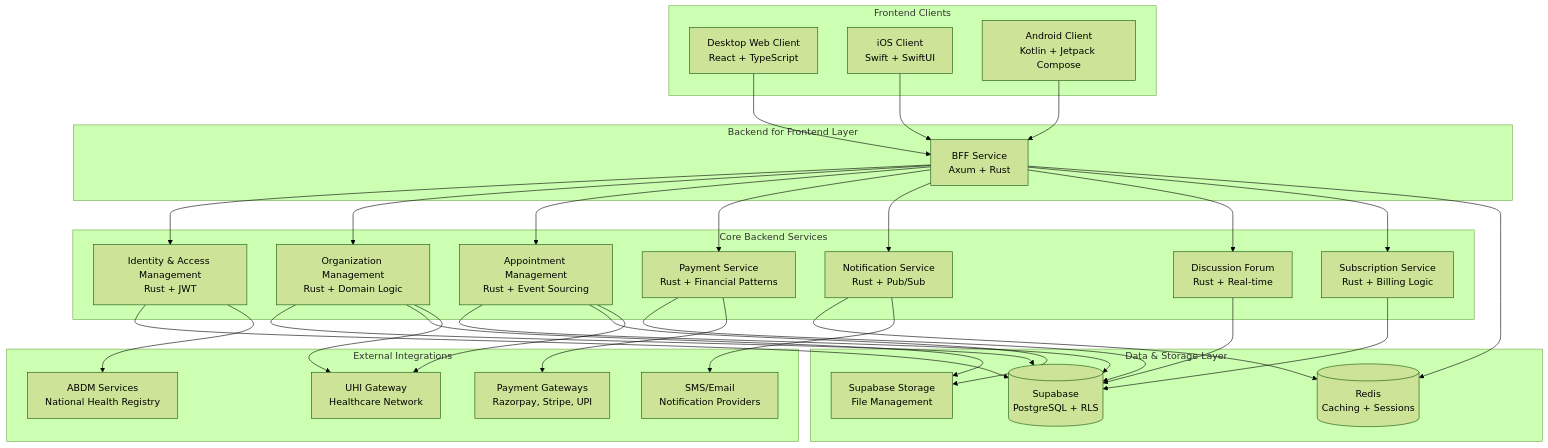
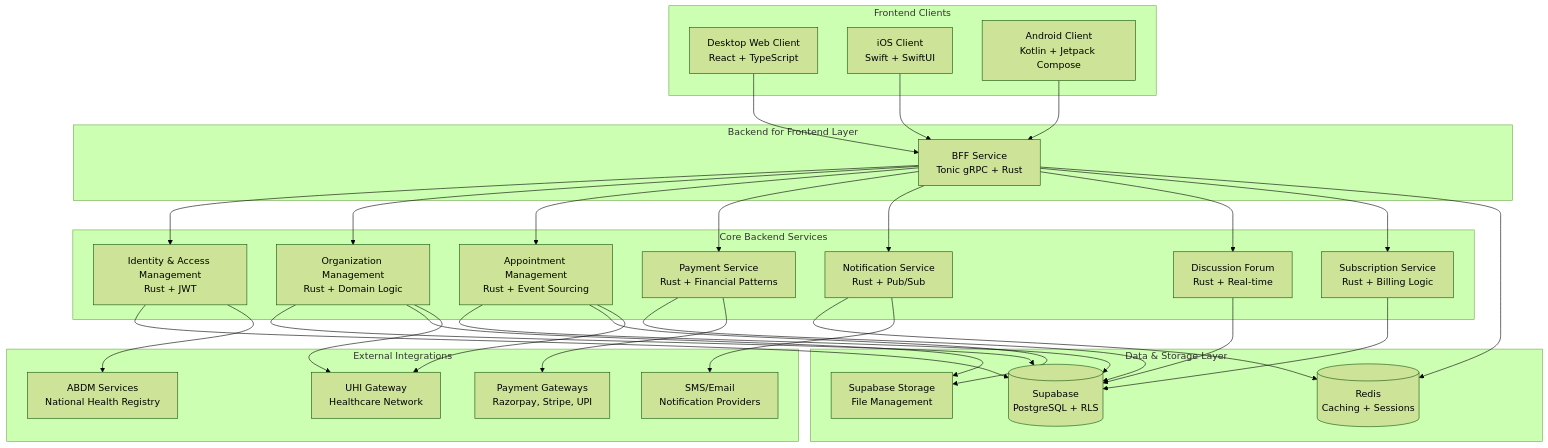
One commit to health-tech-uhi/blueprint changed the first of 13 diagrams in 03-app-flowchart.md. Above: the diagram before and after it, drawn with Mermaid (forest theme). The commit also changed 3 other files, not shown here.

````diff
--- a/03-app-flowchart.md
+++ b/03-app-flowchart.md
@@ -5,72 +5,72 @@
 ```mermaid
 graph TB
     %% Frontend Clients
     subgraph "Frontend Clients"
         WEB[Desktop Web Client<br/>React + TypeScript]
         IOS[iOS Client<br/>Swift + SwiftUI]
         AND[Android Client<br/>Kotlin + Jetpack Compose]
     end
 
     %% Backend for Frontend
     subgraph "Backend for Frontend Layer"
-        BFF[BFF Service<br/>Axum + Rust]
+        BFF[BFF Service<br/>Tonic gRPC + Rust]
     end
 
     %% Core Backend Services
     subgraph "Core Backend Services"
         IAM[Identity & Access Management<br/>Rust + JWT]
         ORG[Organization Management<br/>Rust + Domain Logic]
         APT[Appointment Management<br/>Rust + Event Sourcing]
         PAY[Payment Service<br/>Rust + Financial Patterns]
         NOT[Notification Service<br/>Rust + Pub/Sub]
         DISC[Discussion Forum<br/>Rust + Real-time]
         SUB[Subscription Service<br/>Rust + Billing Logic]
     end
 
     %% Data Layer
     subgraph "Data & Storage Layer"
         SUPA[(Supabase<br/>PostgreSQL + RLS)]
         REDIS[(Redis<br/>Caching + Sessions)]
         STORAGE[Supabase Storage<br/>File Management]
     end
 
     %% External Services
     subgraph "External Integrations"
         UHI[UHI Gateway<br/>Healthcare Network]
         PAYMENT[Payment Gateways<br/>Razorpay, Stripe, UPI]
         SMS[SMS/Email<br/>Notification Providers]
         ABDM[ABDM Services<br/>National Health Registry]
     end
 
     %% Connections
     WEB --> BFF
     IOS --> BFF
     AND --> BFF
 
     BFF --> IAM
     BFF --> ORG
     BFF --> APT
     BFF --> PAY
     BFF --> NOT
     BFF --> DISC
     BFF --> SUB
 
     IAM --> SUPA
     ORG --> SUPA
     APT --> SUPA
     PAY --> SUPA
     NOT --> REDIS
     DISC --> SUPA
     SUB --> SUPA
 
     BFF --> REDIS
     
     ORG --> STORAGE
     APT --> STORAGE
     
     ORG --> UHI
     APT --> UHI
     PAY --> PAYMENT
     NOT --> SMS
     IAM --> ABDM
 ```
````
